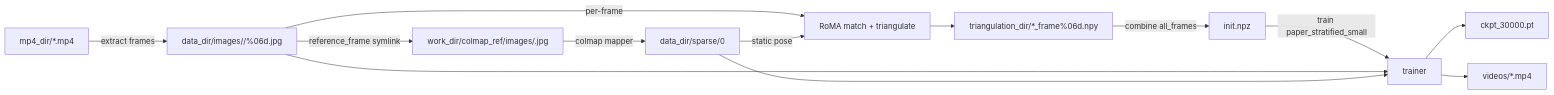
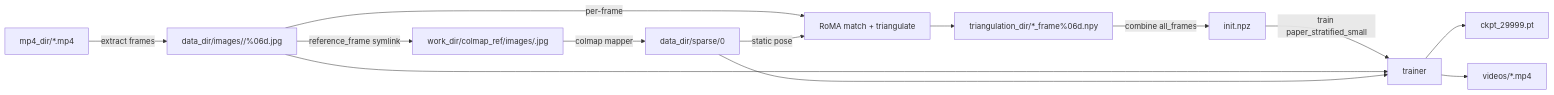
Before and after one commit to raiscui/FreeTimeGsVanilla: the first of 2 diagrams in specs/mp4_to_4dgs_pipeline.md, drawn with Mermaid. The commit also changed other lines of this file and 9 other files, not shown here.

````diff
--- a/specs/mp4_to_4dgs_pipeline.md
+++ b/specs/mp4_to_4dgs_pipeline.md
@@ -35,18 +35,18 @@
 ```mermaid
 flowchart LR
   Mp4["mp4_dir/*.mp4"] -->|extract frames| Images["data_dir/images/<cam>/%06d.jpg"]
   Images -->|reference_frame symlink| RefImgs["work_dir/colmap_ref/images/<cam>.jpg"]
   RefImgs -->|colmap mapper| Sparse0["data_dir/sparse/0"]
 
   Images -->|per-frame| RomaTri["RoMA match + triangulate"]
   Sparse0 -->|static pose| RomaTri
   RomaTri --> Npy["triangulation_dir/*_frame%06d.npy"]
 
   Npy -->|combine all_frames| InitNPZ["init.npz"]
   InitNPZ -->|train paper_stratified_small| Train["trainer"]
   Images --> Train
   Sparse0 --> Train
 
-  Train --> Ckpt["ckpt_30000.pt"]
+  Train --> Ckpt["ckpt_29999.pt"]
   Train --> Videos["videos/*.mp4"]
 ```
````
